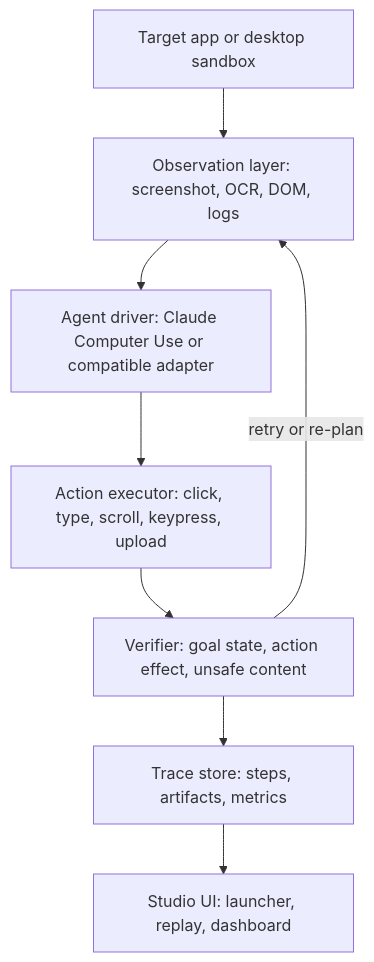
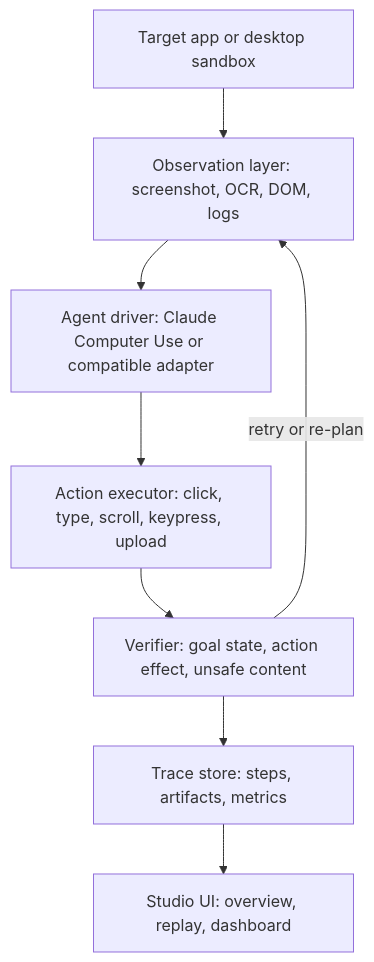
One commit to metaforismo/tracepilot changed the diagram in README.md. Above: the diagram before and after it, drawn with Mermaid. The commit also changed other lines of this file and 14 other files, not shown here.

````diff
--- a/README.md
+++ b/README.md
@@ -86,10 +86,10 @@
 ```mermaid
 flowchart TD
   A["Target app or desktop sandbox"] --> B["Observation layer: screenshot, OCR, DOM, logs"]
   B --> C["Agent driver: Claude Computer Use or compatible adapter"]
   C --> D["Action executor: click, type, scroll, keypress, upload"]
   D --> E["Verifier: goal state, action effect, unsafe content"]
   E --> F["Trace store: steps, artifacts, metrics"]
   E -->|retry or re-plan| B
-  F --> G["Studio UI: launcher, replay, dashboard"]
+  F --> G["Studio UI: overview, replay, dashboard"]
 ```
````
